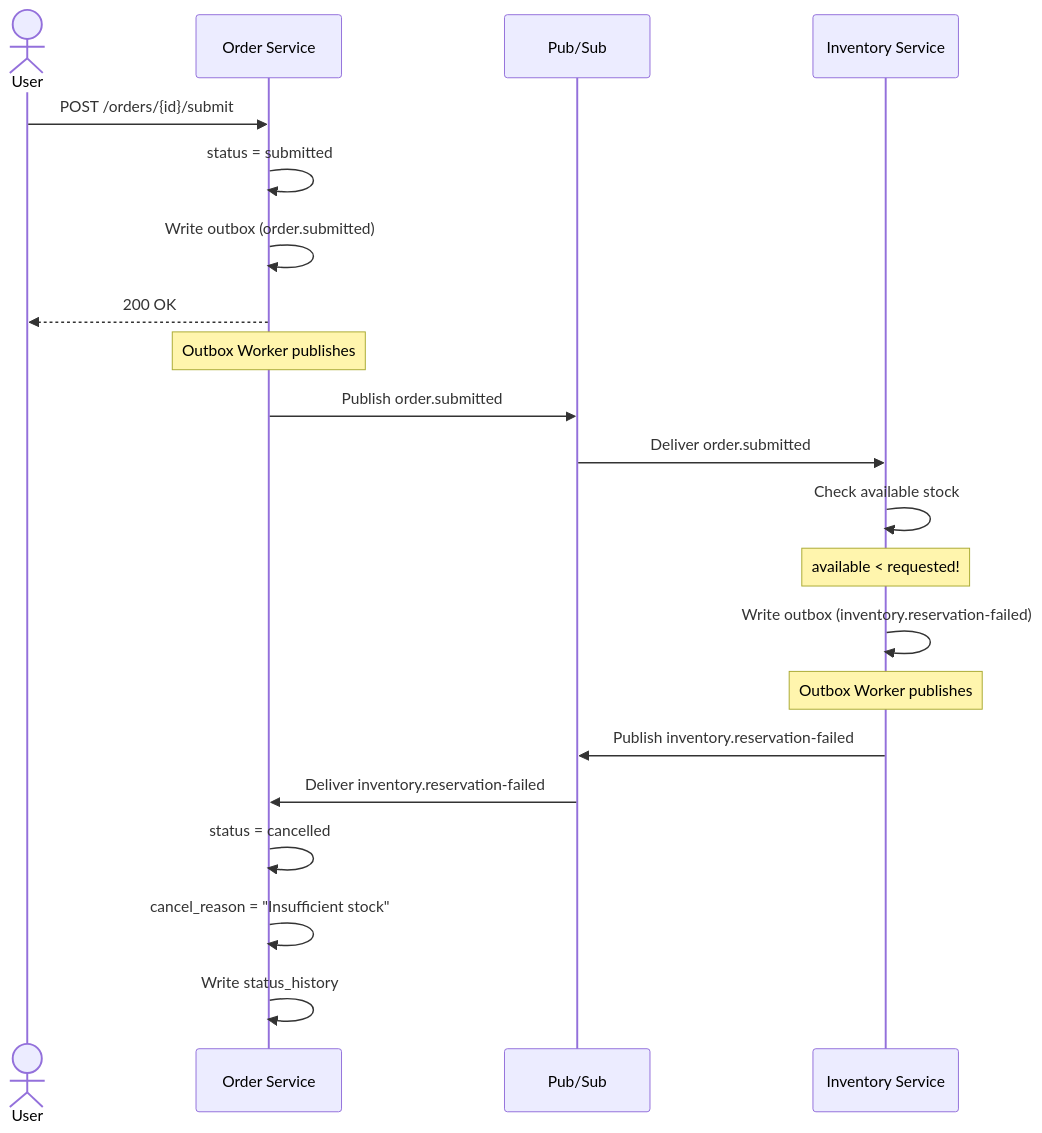
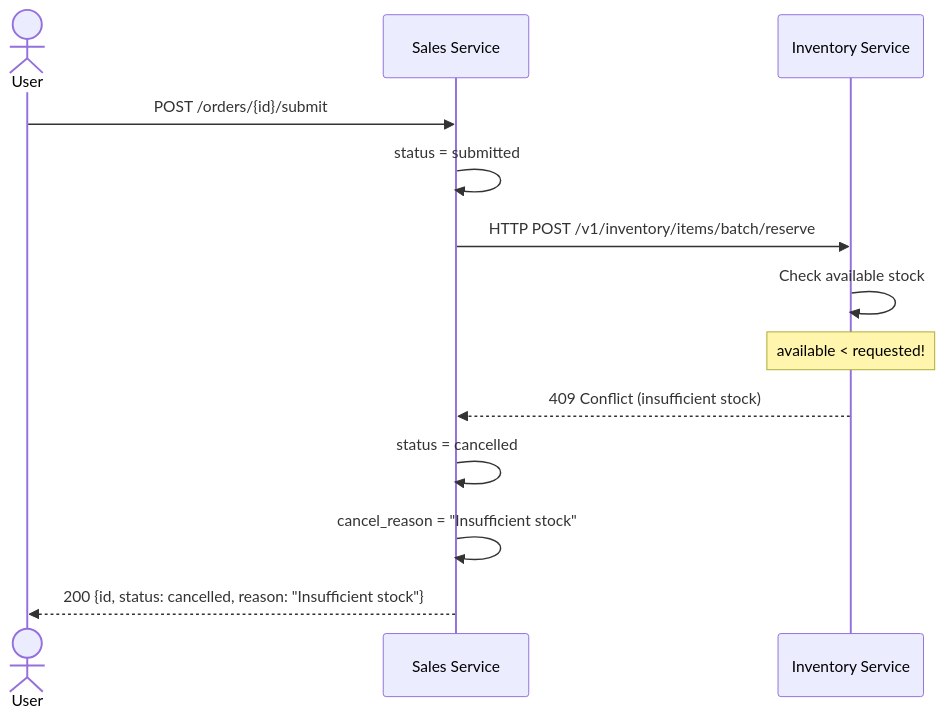
One commit to ndmthuan97/ERP-Prototype-Example changed the third of 5 diagrams in docs/architecture/event-flows.md. Above: the diagram before and after it, drawn with Mermaid. The commit also changed other lines of this file and 160 other files, not shown here.

Commit message:
feat: initialize ERP prototype project architecture, backend microservices, and frontend foundations with extensive documentation

````diff
--- a/docs/architecture/event-flows.md
+++ b/docs/architecture/event-flows.md
@@ -318,28 +335,18 @@
 ```mermaid
 sequenceDiagram
     actor User
-    participant Order as Order Service
-    participant PS as Pub/Sub
-    participant Inv as Inventory Service
+    participant SO as Sales Service
+    participant INV as Inventory Service
 
-    User->>Order: POST /orders/{id}/submit
-    Order->>Order: status = submitted
-    Order->>Order: Write outbox (order.submitted)
-    Order-->>User: 200 OK
+    User->>SO: POST /orders/{id}/submit
+    SO->>SO: status = submitted
 
-    Note over Order: Outbox Worker publishes
-    Order->>PS: Publish order.submitted
+    SO->>INV: HTTP POST /v1/inventory/items/batch/reserve
+    INV->>INV: Check available stock
+    Note over INV: available < requested!
+    INV-->>SO: 409 Conflict (insufficient stock)
 
-    PS->>Inv: Deliver order.submitted
-    Inv->>Inv: Check available stock
-    Note over Inv: available < requested!
-    Inv->>Inv: Write outbox (inventory.reservation-failed)
-
-    Note over Inv: Outbox Worker publishes
-    Inv->>PS: Publish inventory.reservation-failed
-
-    PS->>Order: Deliver inventory.reservation-failed
-    Order->>Order: status = cancelled
-    Order->>Order: cancel_reason = "Insufficient stock"
-    Order->>Order: Write status_history
+    SO->>SO: status = cancelled
+    SO->>SO: cancel_reason = "Insufficient stock"
+    SO-->>User: 200 {id, status: cancelled, reason: "Insufficient stock"}
 ```
````
